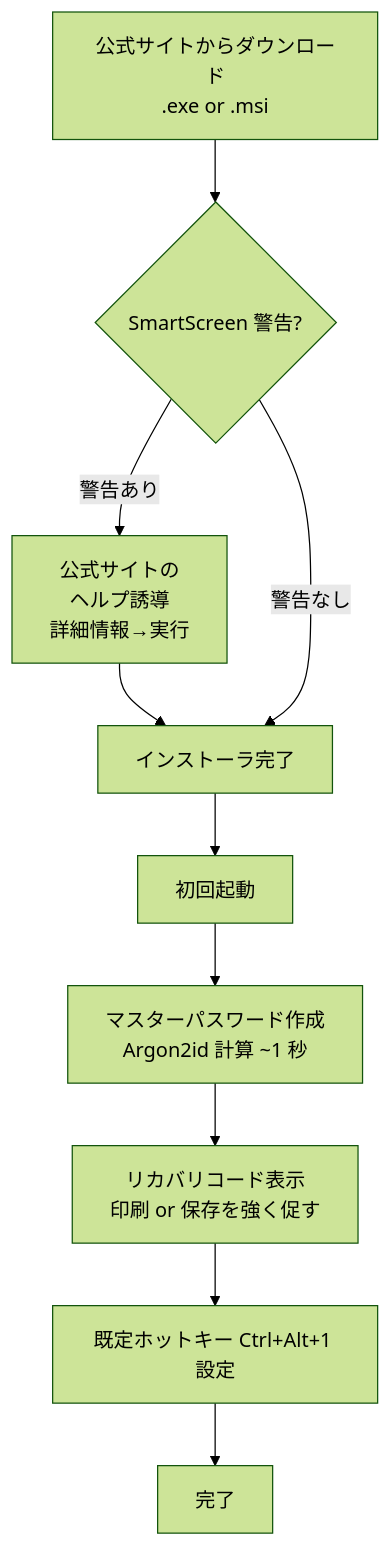
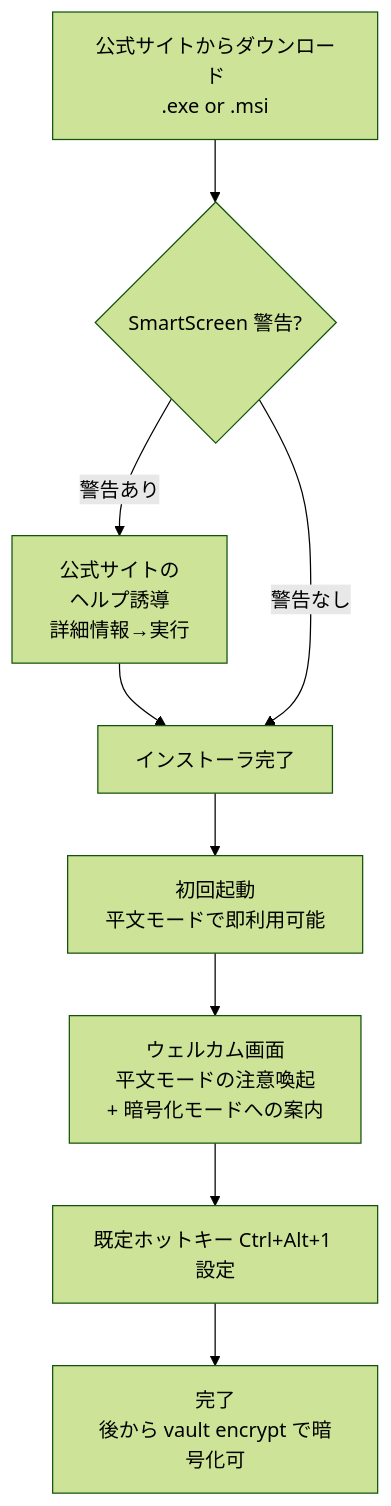
The second of 5 diagrams in docs/architecture/environment-diff.md (shikomi-dev/shikomi), drawn with Mermaid (forest theme) before and after one commit. The commit also changed other lines of this file and 3 other files, not shown here.

First line of the commit message:
docs(architecture): vault 保護のデフォルトを平文化、暗号化をオプトインに変更

````diff
--- a/docs/architecture/environment-diff.md
+++ b/docs/architecture/environment-diff.md
@@ -117,17 +117,16 @@
 ```mermaid
 flowchart TB
     DL[公式サイトからダウンロード<br/>.exe or .msi]
     SS{SmartScreen 警告?}
     DLHelp[公式サイトの<br/>ヘルプ誘導<br/>詳細情報→実行]
     Install[インストーラ完了]
-    First[初回起動]
-    MasterSet[マスターパスワード作成<br/>Argon2id 計算 ~1 秒]
-    Recovery[リカバリコード表示<br/>印刷 or 保存を強く促す]
+    First[初回起動<br/>平文モードで即利用可能]
+    Welcome[ウェルカム画面<br/>平文モードの注意喚起<br/>+ 暗号化モードへの案内]
     HotkeySetup[既定ホットキー Ctrl+Alt+1 設定]
-    Done[完了]
+    Done[完了<br/>後から vault encrypt で暗号化可]
 
     DL --> SS
     SS -- 警告あり --> DLHelp --> Install
     SS -- 警告なし --> Install
-    Install --> First --> MasterSet --> Recovery --> HotkeySetup --> Done
+    Install --> First --> Welcome --> HotkeySetup --> Done
 ```
````
